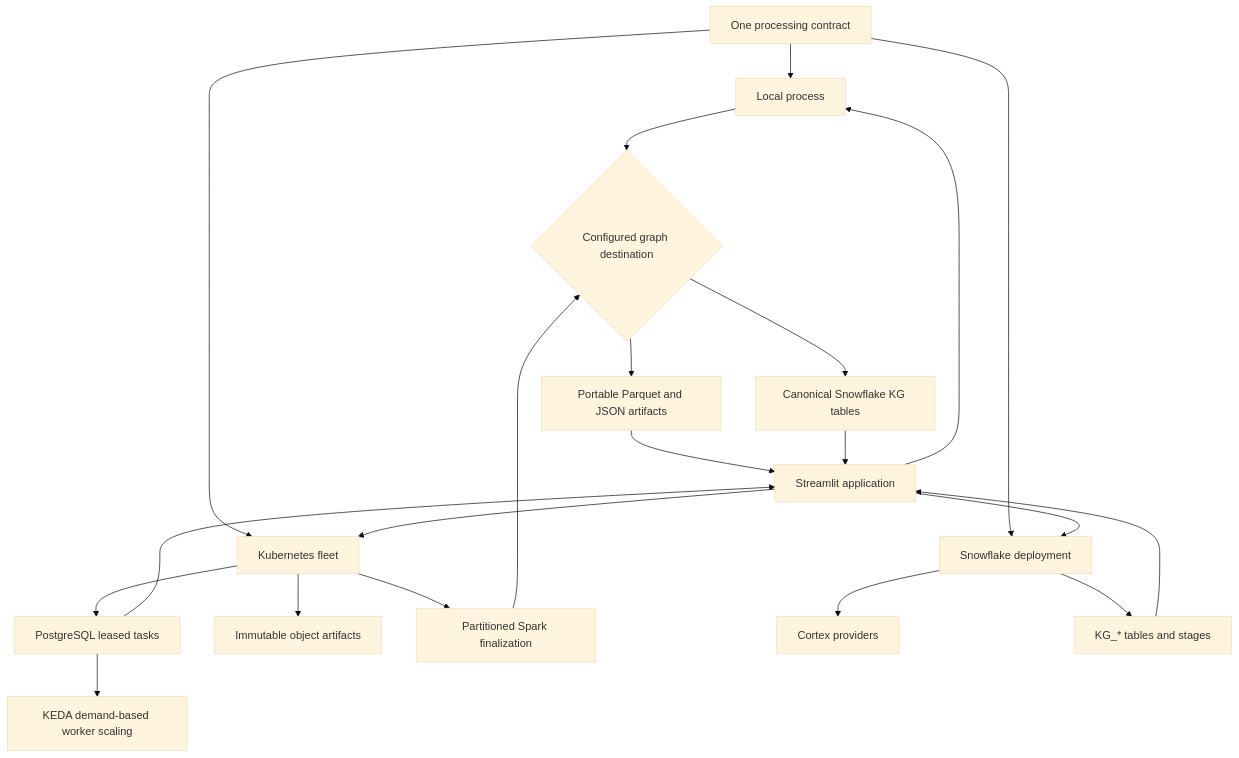
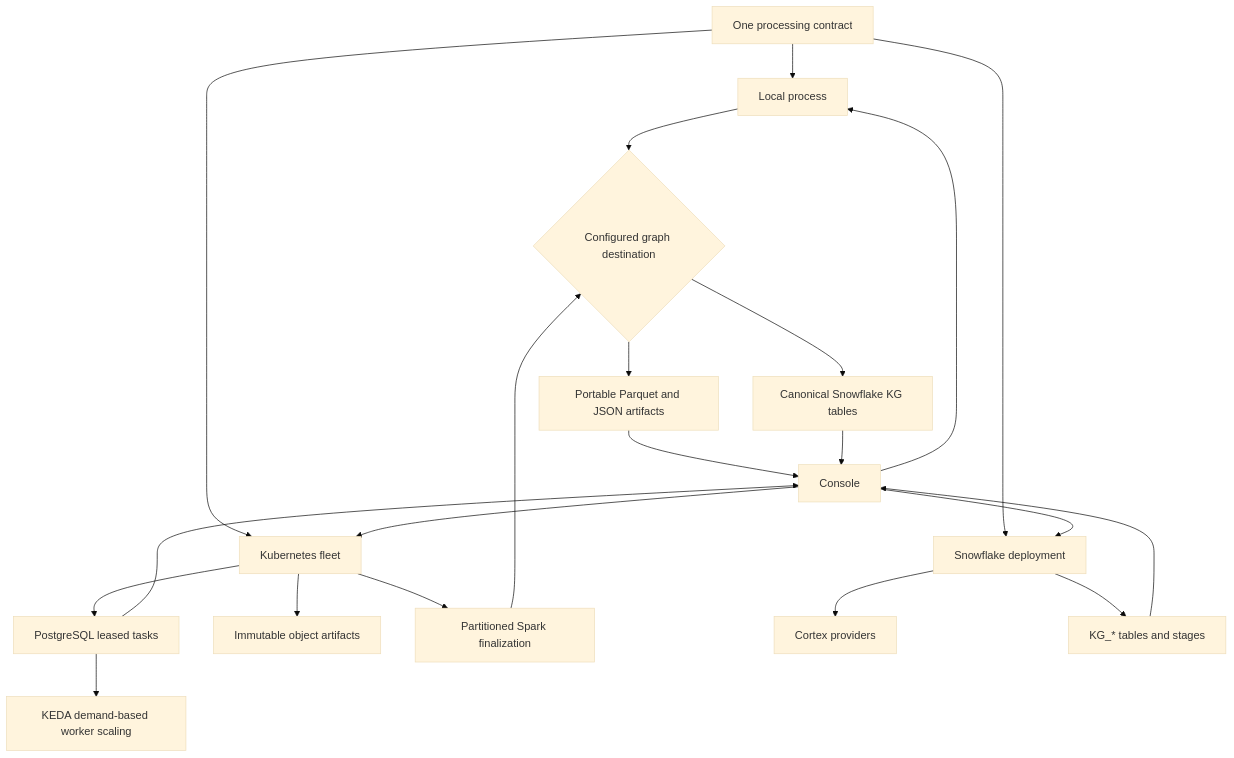
The third of 3 diagrams in docs/architecture.md (LEO-Pharma-R-D-Data-Analytics/flakegraph), drawn with Mermaid (base theme) before and after one commit. The commit also changed other lines of this file and 63 other files, not shown here.

First line of the commit message:
Retire the Streamlit application

````diff
--- a/docs/architecture.md
+++ b/docs/architecture.md
@@ -111,24 +111,24 @@
 ```mermaid
 flowchart TD
     contract["One processing contract"] --> local["Local process"]
     contract --> fleet["Kubernetes fleet"]
     contract --> snowflake["Snowflake deployment"]
 
     local --> destination{"Configured graph destination"}
     fleet --> queue["PostgreSQL leased tasks"]
     queue --> autoscaling["KEDA demand-based worker scaling"]
     fleet --> objects["Immutable object artifacts"]
     fleet --> spark["Partitioned Spark finalization"]
     spark --> destination
     destination --> localOutput["Portable Parquet and JSON artifacts"]
     destination --> remoteOutput["Canonical Snowflake KG tables"]
     snowflake --> cortex["Cortex providers"]
     snowflake --> tables["KG_* tables and stages"]
-    control["Streamlit application"] --> local
+    control["Console"] --> local
     control --> fleet
     control --> snowflake
     localOutput --> control
     remoteOutput --> control
     queue --> control
     tables --> control
 ```
````
